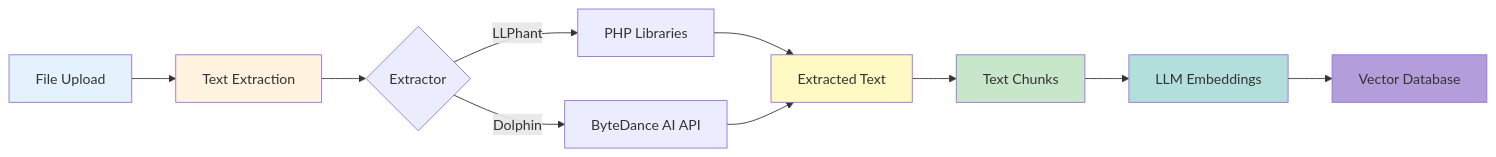
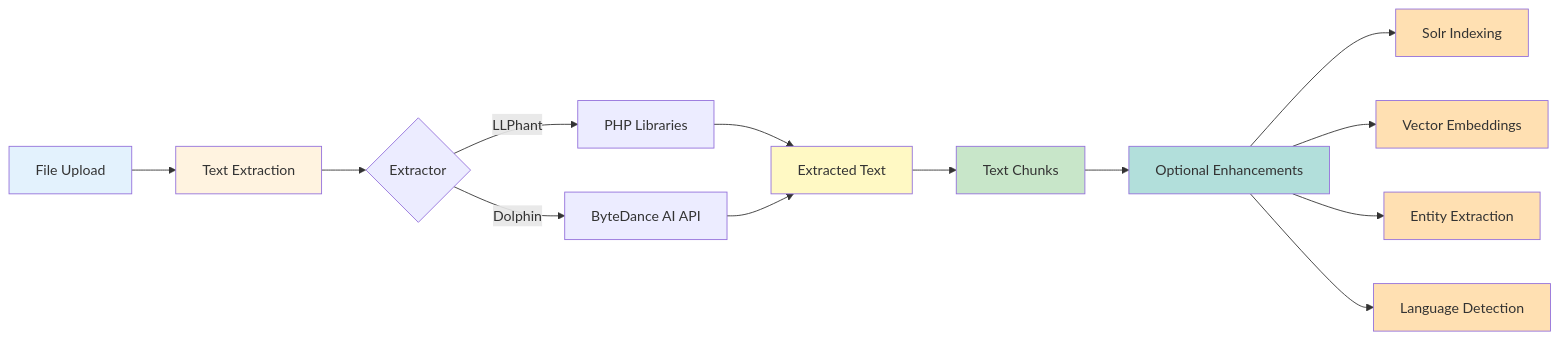
Before and after one commit to ConductionNL/openregister: the third of 5 diagrams in website/docs/user/settings-configuration.md, drawn with Mermaid. The commit also changed other lines of this file and 23 other files, not shown here.

````diff
--- a/website/docs/user/settings-configuration.md
+++ b/website/docs/user/settings-configuration.md
@@ -143,22 +147,28 @@
 ```mermaid
 graph LR
     A[File Upload] --> B[Text Extraction]
     B --> C{Extractor}
     
     C -->|LLPhant| D1[PHP Libraries]
     C -->|Dolphin| D2[ByteDance AI API]
     
     D1 --> E[Extracted Text]
     D2 --> E
     
     E --> F[Text Chunks]
-    F --> G[LLM Embeddings]
-    G --> H[Vector Database]
+    F --> G[Optional Enhancements]
+    G --> H1[Solr Indexing]
+    G --> H2[Vector Embeddings]
+    G --> H3[Entity Extraction]
+    G --> H4[Language Detection]
     
     style A fill:#e3f2fd
     style B fill:#fff3e0
     style E fill:#fff9c4
     style F fill:#c8e6c9
     style G fill:#b2dfdb
-    style H fill:#b39ddb
+    style H1 fill:#ffe0b2
+    style H2 fill:#ffe0b2
+    style H3 fill:#ffe0b2
+    style H4 fill:#ffe0b2
 ```
````
